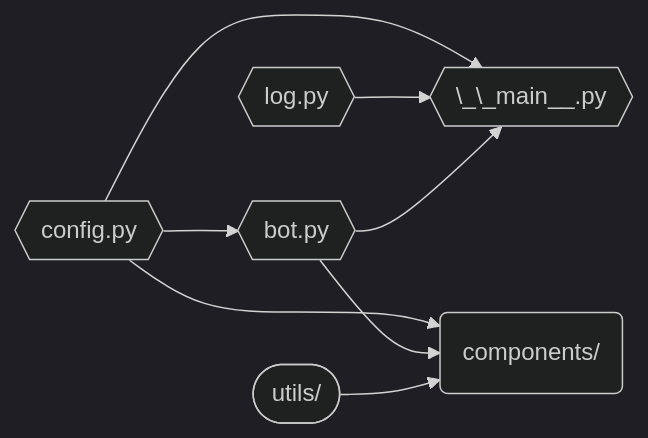
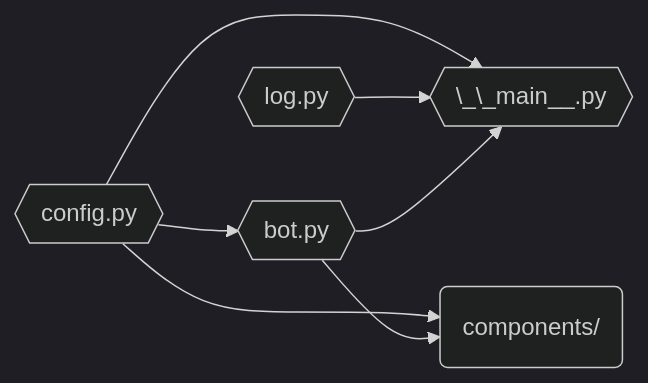
One commit to ghostty-org/discord-bot changed the diagram in README.md. Above: the diagram before and after it, drawn with Mermaid (dark theme). The commit also changed other lines of this file and 49 other files, not shown here.

````diff
--- a/README.md
+++ b/README.md
@@ -194,11 +202,10 @@
 ```mermaid
 flowchart LR;
 
 config{{config.py}} --> bot{{bot.py}}
 config --> components(components/)
 config --> main{{\_\_main__.py}}
 log{{log.py}} --> main
 bot --> main
 bot --> components
-utils([utils/]) --> components
 ```
````
